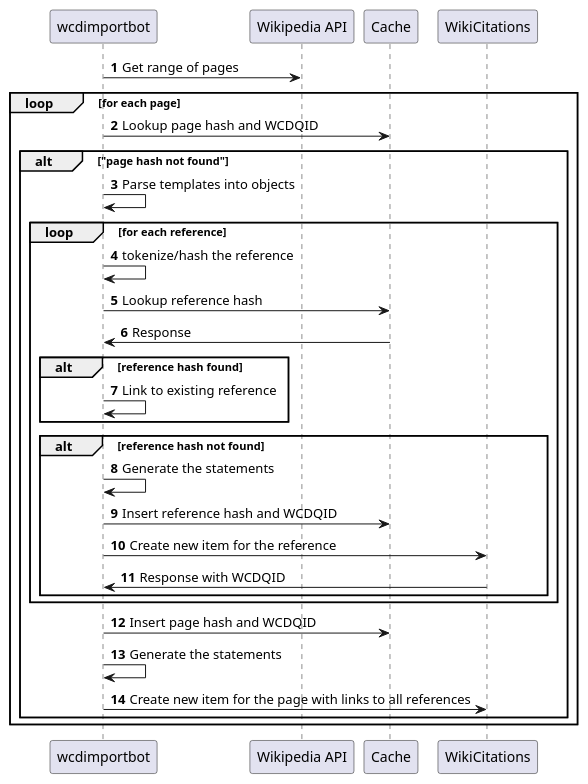
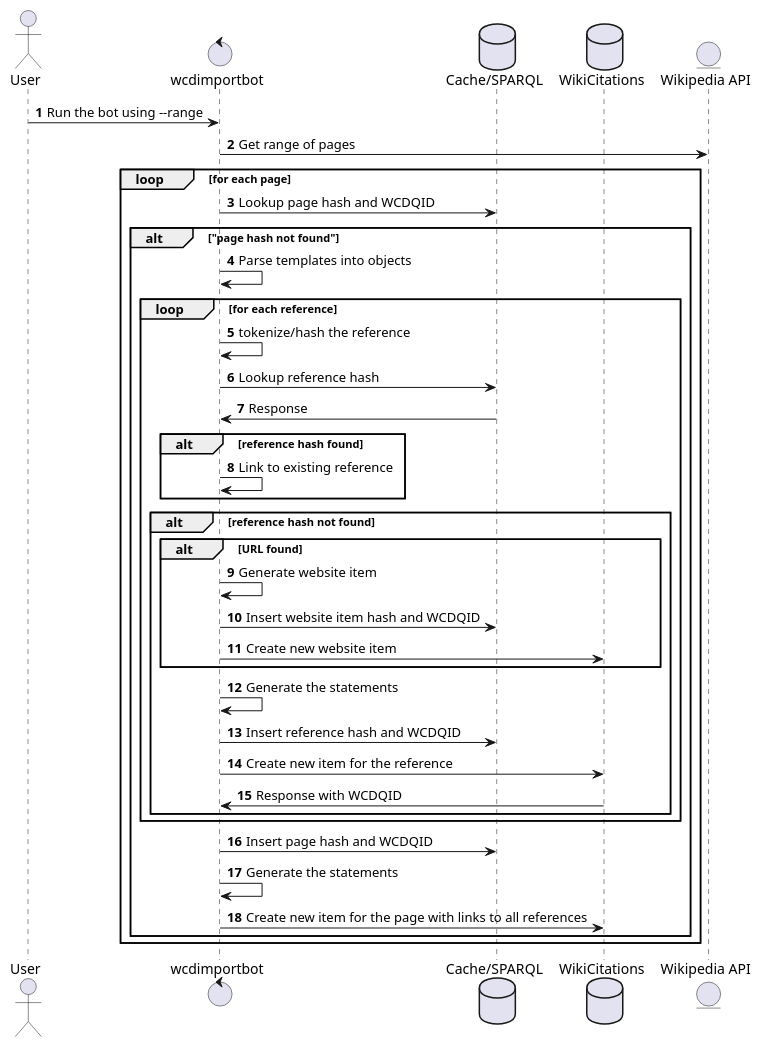
One commit to internetarchive/iari changed the diagram in diagrams/sequence_first_pass.puml. Above: the diagram before and after it, drawn with PlantUML.

Commit message:
sequence_first_pass.puml: Update to changes in model.

```diff
--- a/diagrams/sequence_first_pass.puml
+++ b/diagrams/sequence_first_pass.puml
@@ -1,29 +1,40 @@
 @startuml
 'https://plantuml.com/sequence-diagram
 
 autonumber
-wcdimportbot -> "Wikipedia API": Get range of pages
+actor User as user
+control wcdimportbot
+database "Cache/SPARQL" as Cache
+database WikiCitations
+entity "Wikipedia API" as wikipediaapi
+user -> wcdimportbot: Run the bot using --range
+wcdimportbot -> wikipediaapi: Get range of pages
 loop for each page
     wcdimportbot -> Cache: Lookup page hash and WCDQID
     alt "page hash not found"
         wcdimportbot -> wcdimportbot: Parse templates into objects
         loop for each reference
             wcdimportbot -> wcdimportbot: tokenize/hash the reference
             wcdimportbot -> Cache: Lookup reference hash
             Cache -> wcdimportbot: Response
             alt reference hash found
                 wcdimportbot -> wcdimportbot: Link to existing reference
             end
             alt reference hash not found
+                alt URL found
+                    wcdimportbot -> wcdimportbot: Generate website item
+                    wcdimportbot -> Cache: Insert website item hash and WCDQID
+                    wcdimportbot -> WikiCitations: Create new website item
+                end
                 wcdimportbot -> wcdimportbot: Generate the statements
                 wcdimportbot -> Cache: Insert reference hash and WCDQID
                 wcdimportbot -> WikiCitations: Create new item for the reference
                 WikiCitations -> wcdimportbot: Response with WCDQID
             end
         end
         wcdimportbot -> Cache: Insert page hash and WCDQID
         wcdimportbot -> wcdimportbot: Generate the statements
         wcdimportbot -> WikiCitations: Create new item for the page with links to all references
     end
 end
 @enduml
```
